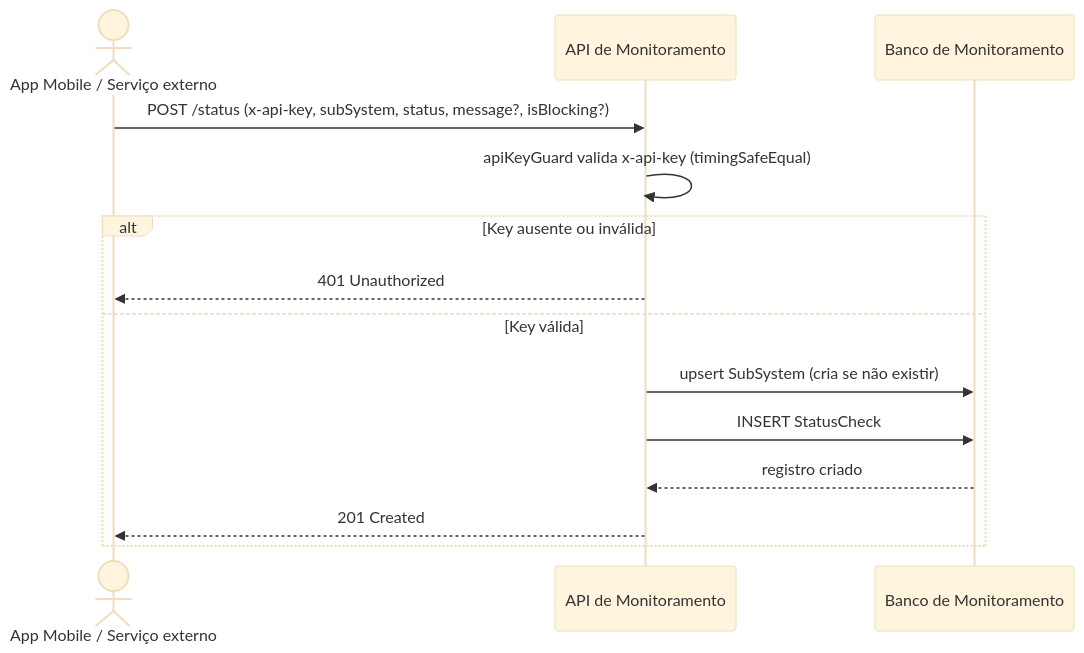
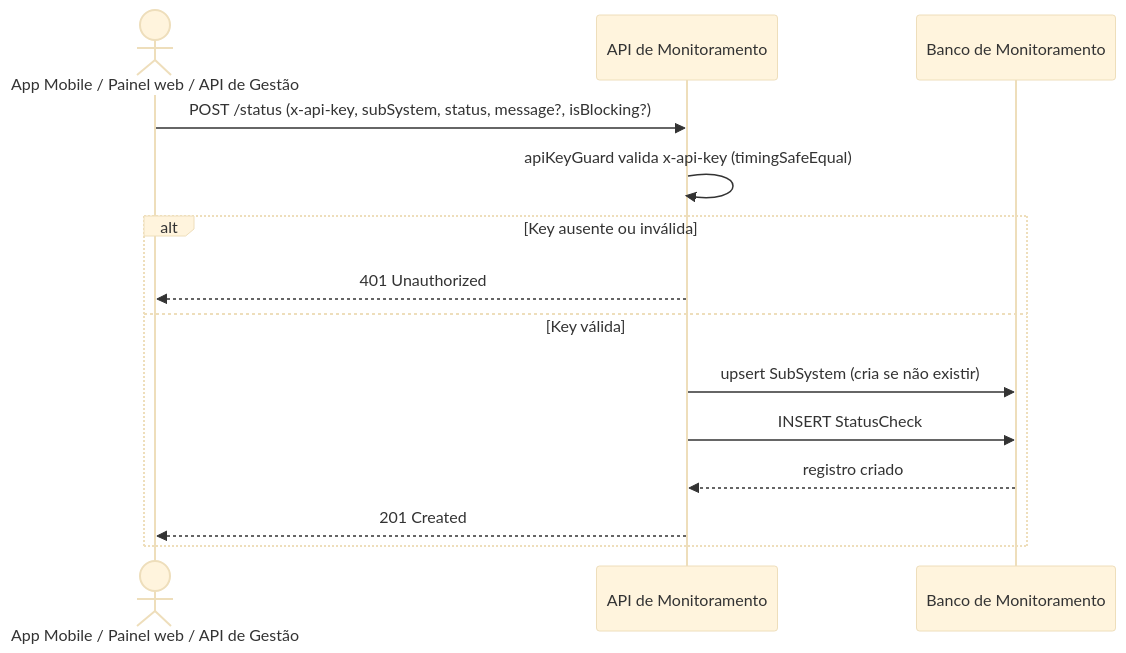
Before and after one commit to MiguelIFSP/BRTPDS2-PROJETO-E-DESENVOLVIMENTO-DE-SISTEMAS-2: the sixth of 19 diagrams in documentos/entrega2_Di1/requisitos_e_casos_de_uso.md, drawn with Mermaid (base theme). The commit also changed other lines of this file and 1 other file, not shown here.

````diff
--- a/documentos/entrega2_Di1/requisitos_e_casos_de_uso.md
+++ b/documentos/entrega2_Di1/requisitos_e_casos_de_uso.md
@@ -241,17 +246,17 @@
 ```mermaid
 sequenceDiagram
-    actor Sist as App Mobile / Serviço externo
+    actor Sist as App Mobile / Painel web / API de Gestão
     participant Mon as API de Monitoramento
     participant DB as Banco de Monitoramento
 
     Sist->>Mon: POST /status (x-api-key, subSystem, status, message?, isBlocking?)
     Mon->>Mon: apiKeyGuard valida x-api-key (timingSafeEqual)
     alt Key ausente ou inválida
         Mon-->>Sist: 401 Unauthorized
     else Key válida
         Mon->>DB: upsert SubSystem (cria se não existir)
         Mon->>DB: INSERT StatusCheck
         DB-->>Mon: registro criado
         Mon-->>Sist: 201 Created
     end
 ```
````
